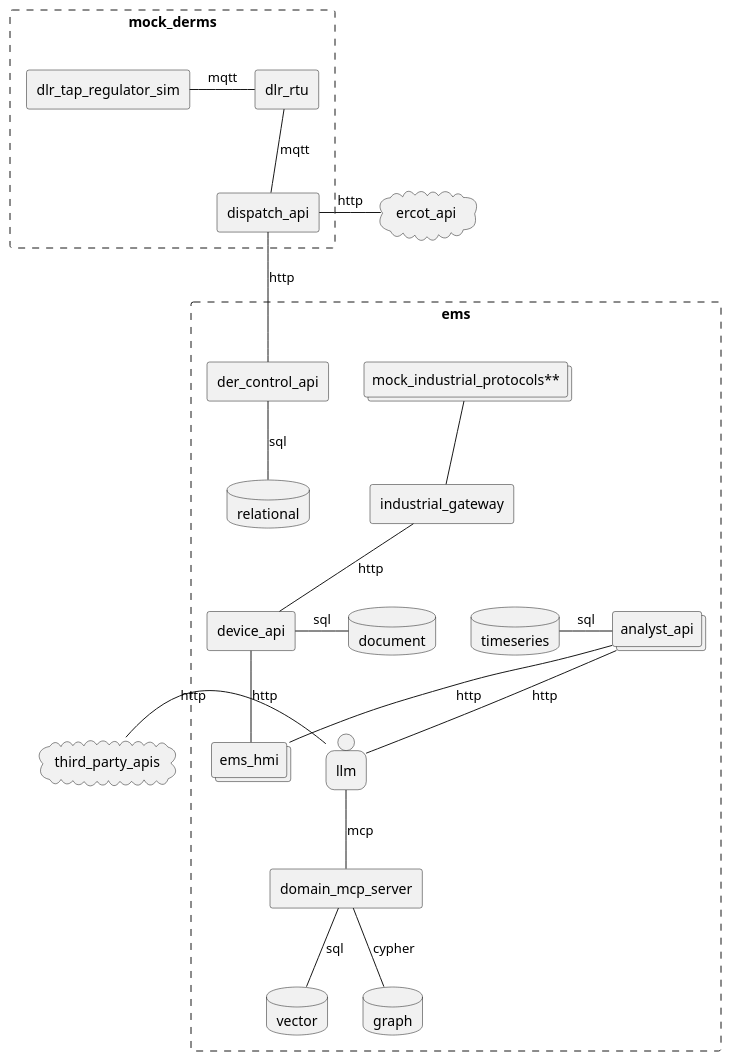
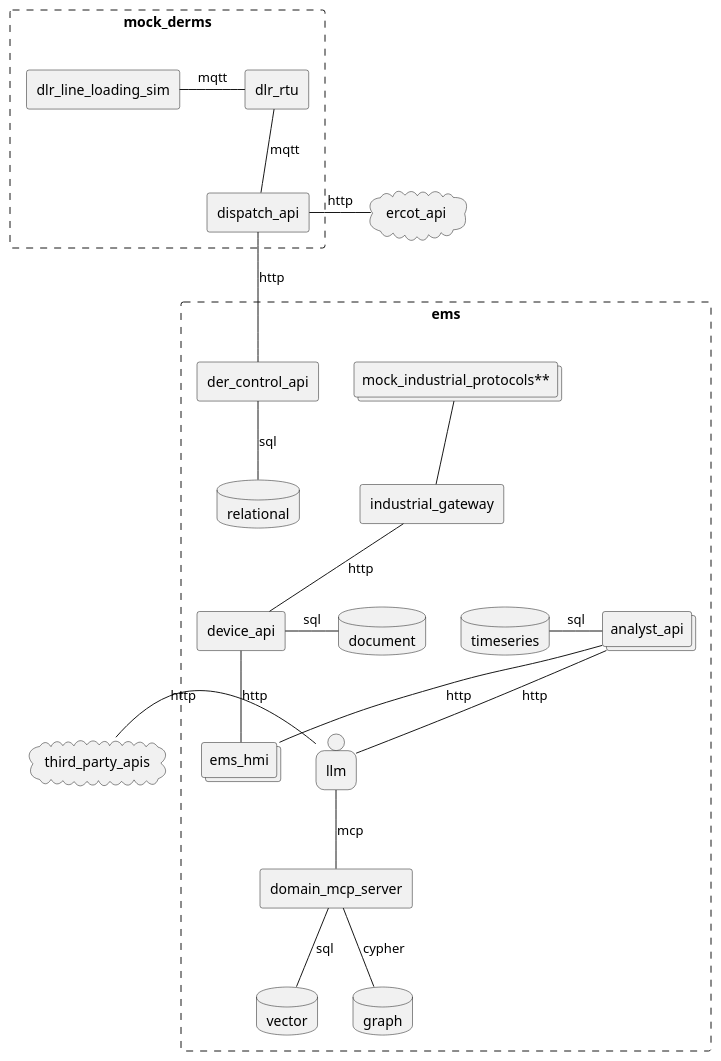
The first of 7 diagrams in readme.md (arcnode-io/ems), drawn with PlantUML before and after one commit. The commit also changed other lines of this file and 1 other file, not shown here.

First line of the commit message:
📝 docs: dlr-tap-regulator-sim renamed to dlr-line-loading-sim

````diff
--- a/readme.md
+++ b/readme.md
@@ -29,42 +29,42 @@
 ```plantuml
 cloud third_party_apis
 cloud ercot_api 
 
 rectangle ems #line.dashed {
     collections "mock_industrial_protocols**" as mock_industrial_protocols
     rectangle industrial_gateway
     rectangle device_api
     rectangle der_control_api
     database timeseries
     database vector
     database graph
     database relational
     collections analyst_api
     database document
     collections ems_hmi
     person llm
     rectangle domain_mcp_server
 }
 rectangle  mock_derms #line.dashed {
-  rectangle dlr_tap_regulator_sim
+  rectangle dlr_line_loading_sim
   rectangle dlr_rtu
   rectangle dispatch_api
 }
 ercot_api -l- dispatch_api: http
 dlr_rtu -d- dispatch_api: mqtt
-dlr_tap_regulator_sim - dlr_rtu: mqtt
+dlr_line_loading_sim - dlr_rtu: mqtt
 dispatch_api -d- der_control_api: http
 industrial_gateway -u- mock_industrial_protocols
 industrial_gateway -- device_api: http
 ems_hmi -u- device_api: http
 device_api -r- document: sql
 der_control_api -d- relational: sql
 
 analyst_api -l- timeseries: sql
 llm -d- domain_mcp_server: mcp
 domain_mcp_server -d- vector: sql
 domain_mcp_server -d- graph: cypher
 ems_hmi -u- analyst_api: http
 analyst_api -d- llm: http
 llm -l- third_party_apis: http
 ```
````
